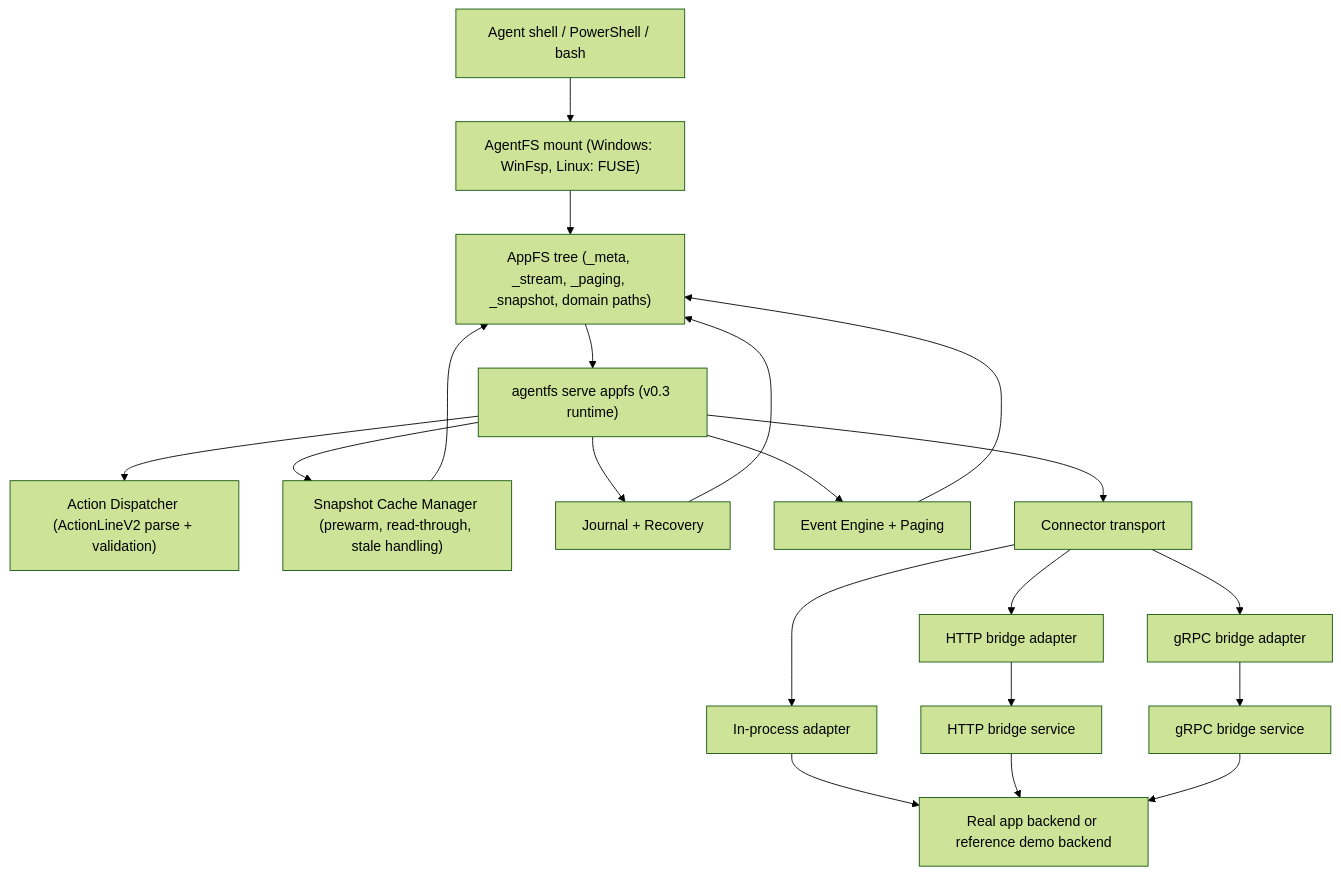
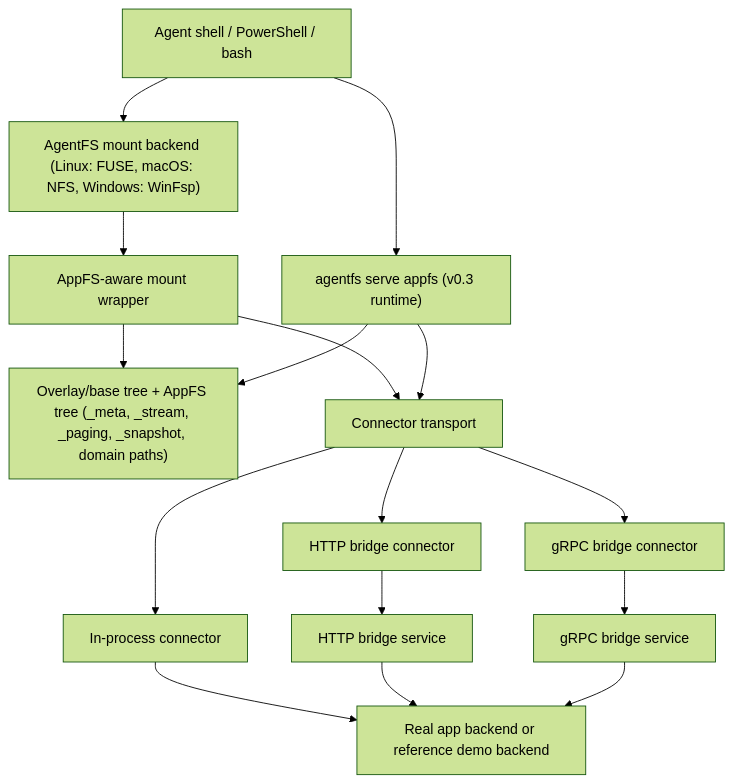
Before and after one commit to esp3j0/appfs-platform: the diagram in README.md, drawn with Mermaid (forest theme). The commit also changed other lines of this file and 19 other files, not shown here.

First line of the commit message:
appfs: add mount-side snapshot read-through (#98)

````diff
--- a/README.md
+++ b/README.md
@@ -228,26 +232,21 @@
 ```mermaid
 flowchart TD
-    A["Agent shell / PowerShell / bash"] --> B["AgentFS mount (Windows: WinFsp, Linux: FUSE)"]
-    B --> C["AppFS tree (_meta, _stream, _paging, _snapshot, domain paths)"]
-    C --> D["agentfs serve appfs (v0.3 runtime)"]
+    A["Agent shell / PowerShell / bash"] --> B["AgentFS mount backend (Linux: FUSE, macOS: NFS, Windows: WinFsp)"]
+    B --> C["AppFS-aware mount wrapper"]
+    C --> D["Overlay/base tree + AppFS tree (_meta, _stream, _paging, _snapshot, domain paths)"]
+    A --> E["agentfs serve appfs (v0.3 runtime)"]
+    E --> D
 
-    D --> E["Action Dispatcher (ActionLineV2 parse + validation)"]
-    D --> F["Snapshot Cache Manager (prewarm, read-through, stale handling)"]
-    D --> G["Journal + Recovery"]
-    D --> H["Event Engine + Paging"]
+    C --> F["Connector transport"]
+    E --> F
 
-    D --> I["Connector transport"]
-    I --> J["In-process adapter"]
-    I --> K["HTTP bridge adapter"]
-    I --> L["gRPC bridge adapter"]
+    F --> G["In-process connector"]
+    F --> H["HTTP bridge connector"]
+    F --> I["gRPC bridge connector"]
 
-    K --> M["HTTP bridge service"]
-    L --> N["gRPC bridge service"]
-    J --> O["Real app backend or reference demo backend"]
-    M --> O
-    N --> O
-
-    H --> C
-    F --> C
-    G --> C
+    H --> J["HTTP bridge service"]
+    I --> K["gRPC bridge service"]
+    G --> L["Real app backend or reference demo backend"]
+    J --> L
+    K --> L
 ```
````
